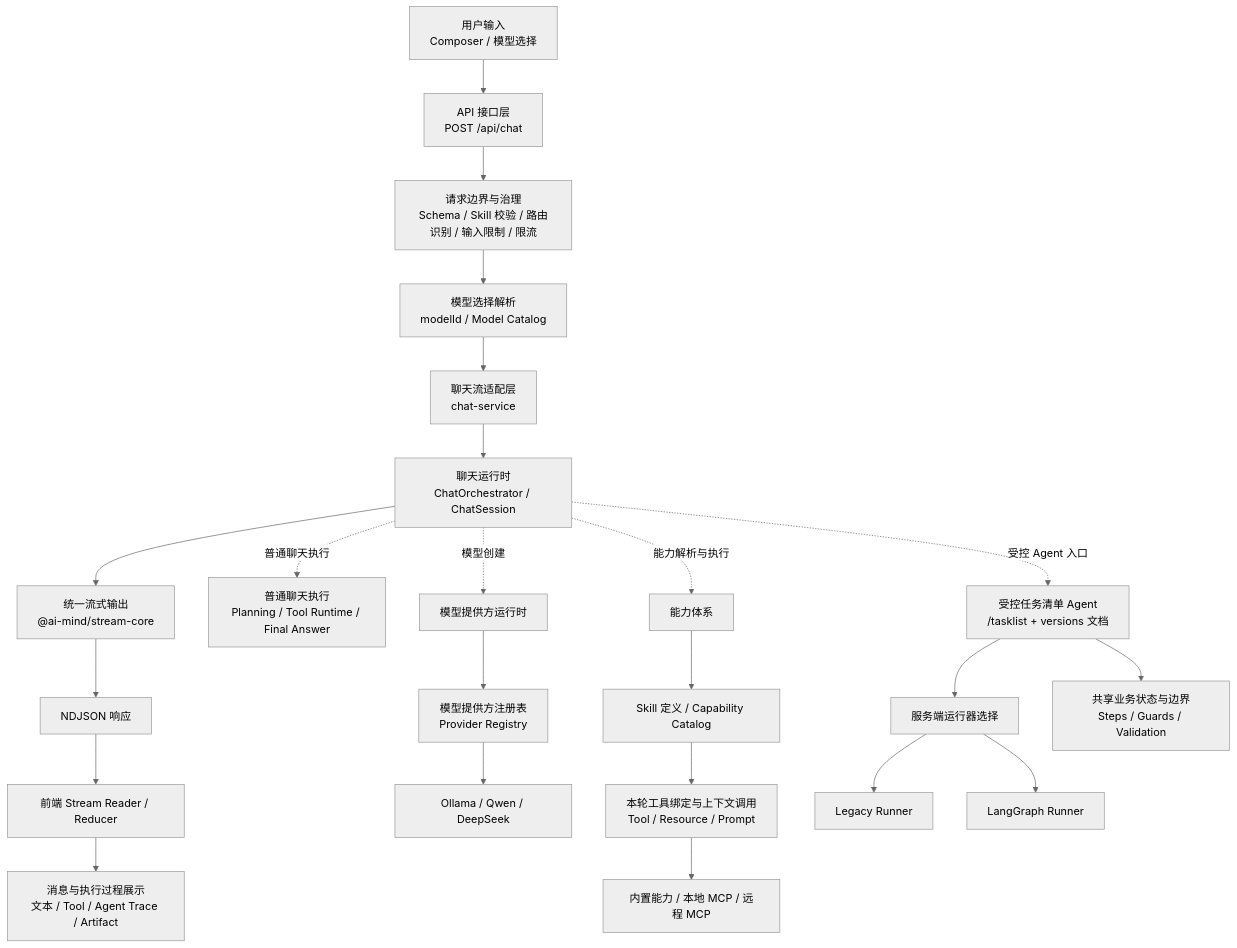
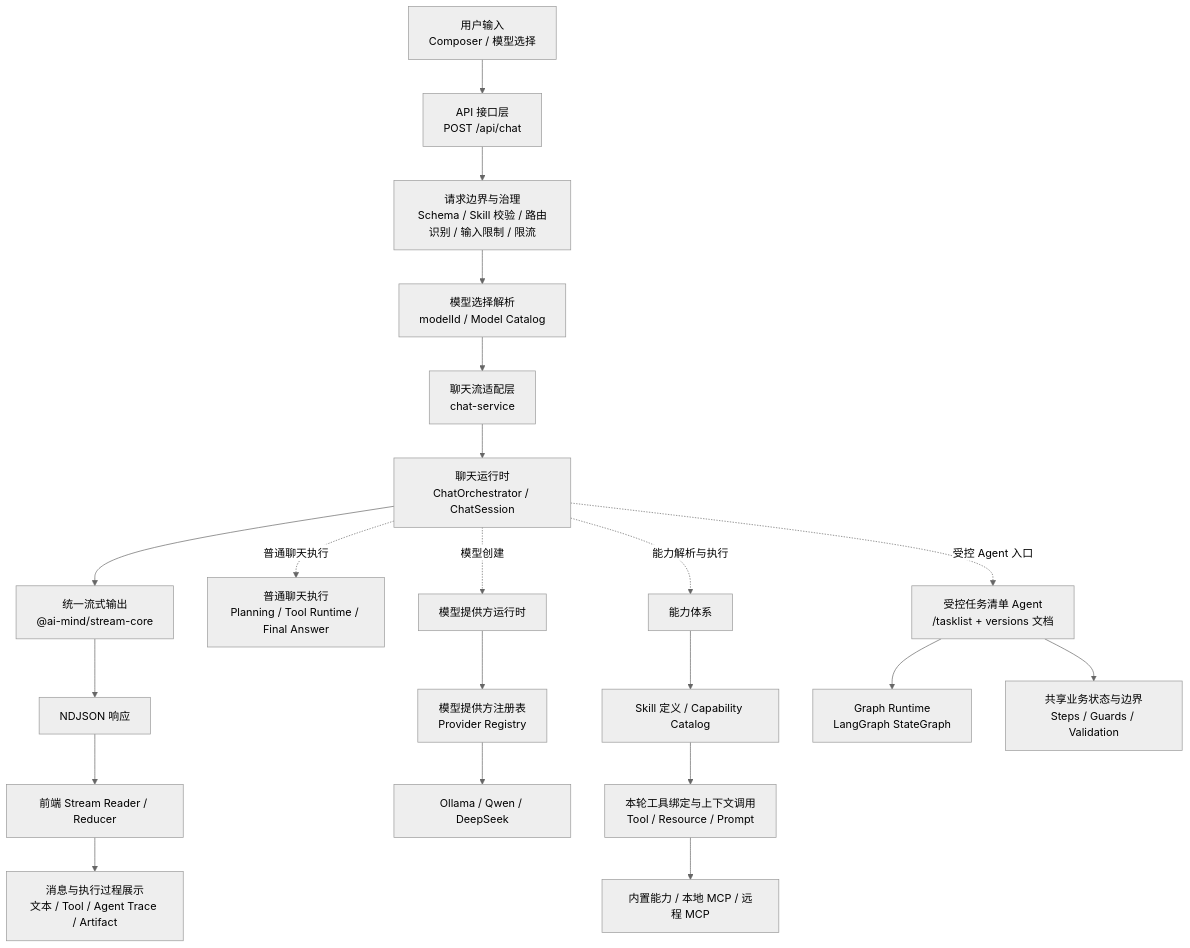
One commit to HWYD/ai-mind changed the diagram in README.md. Above: the diagram before and after it, drawn with Mermaid (neutral theme). The commit also changed other lines of this file and 58 other files, not shown here.

Commit message:
refactor(app): 📦️  重构(agent), 收口 tasklist agent 到 Graph Runtime

````diff
--- a/README.md
+++ b/README.md
@@ -58,30 +58,28 @@
 ```mermaid
 flowchart TD
     INPUT["用户输入<br/>Composer / 模型选择"] --> API["API 接口层<br/>POST /api/chat"]
     API --> GUARD["请求边界与治理<br/>Schema / Skill 校验 / 路由识别 / 输入限制 / 限流"]
     GUARD --> SELECT["模型选择解析<br/>modelId / Model Catalog"]
     SELECT --> SERVICE["聊天流适配层<br/>chat-service"]
     SERVICE --> RUNTIME["聊天运行时<br/>ChatOrchestrator / ChatSession"]
 
     RUNTIME --> STREAM["统一流式输出<br/>@ai-mind/stream-core"]
     STREAM --> NDJSON["NDJSON 响应"]
     NDJSON --> CONSUMER["前端 Stream Reader / Reducer"]
     CONSUMER --> VIEW["消息与执行过程展示<br/>文本 / Tool / Agent Trace / Artifact"]
 
     RUNTIME -. 普通聊天执行 .-> CHAT["普通聊天执行<br/>Planning / Tool Runtime / Final Answer"]
 
     RUNTIME -. 模型创建 .-> MODEL["模型提供方运行时"]
     MODEL --> REGISTRY["模型提供方注册表<br/>Provider Registry"]
     REGISTRY --> PROVIDERS["Ollama / Qwen / DeepSeek"]
 
     RUNTIME -. 能力解析与执行 .-> CAPABILITY["能力体系"]
     CAPABILITY --> DEFINITION["Skill 定义 / Capability Catalog"]
     DEFINITION --> BINDING["本轮工具绑定与上下文调用<br/>Tool / Resource / Prompt"]
     BINDING --> SOURCES["内置能力 / 本地 MCP / 远程 MCP"]
 
     RUNTIME -. 受控 Agent 入口 .-> AGENT["受控任务清单 Agent<br/>/tasklist + versions 文档"]
-    AGENT --> SELECTOR["服务端运行器选择"]
-    SELECTOR --> LEGACY["Legacy Runner"]
-    SELECTOR --> GRAPH["LangGraph Runner"]
+    AGENT --> GRAPH["Graph Runtime<br/>LangGraph StateGraph"]
     AGENT --> SHARED["共享业务状态与边界<br/>Steps / Guards / Validation"]
 ```
````
